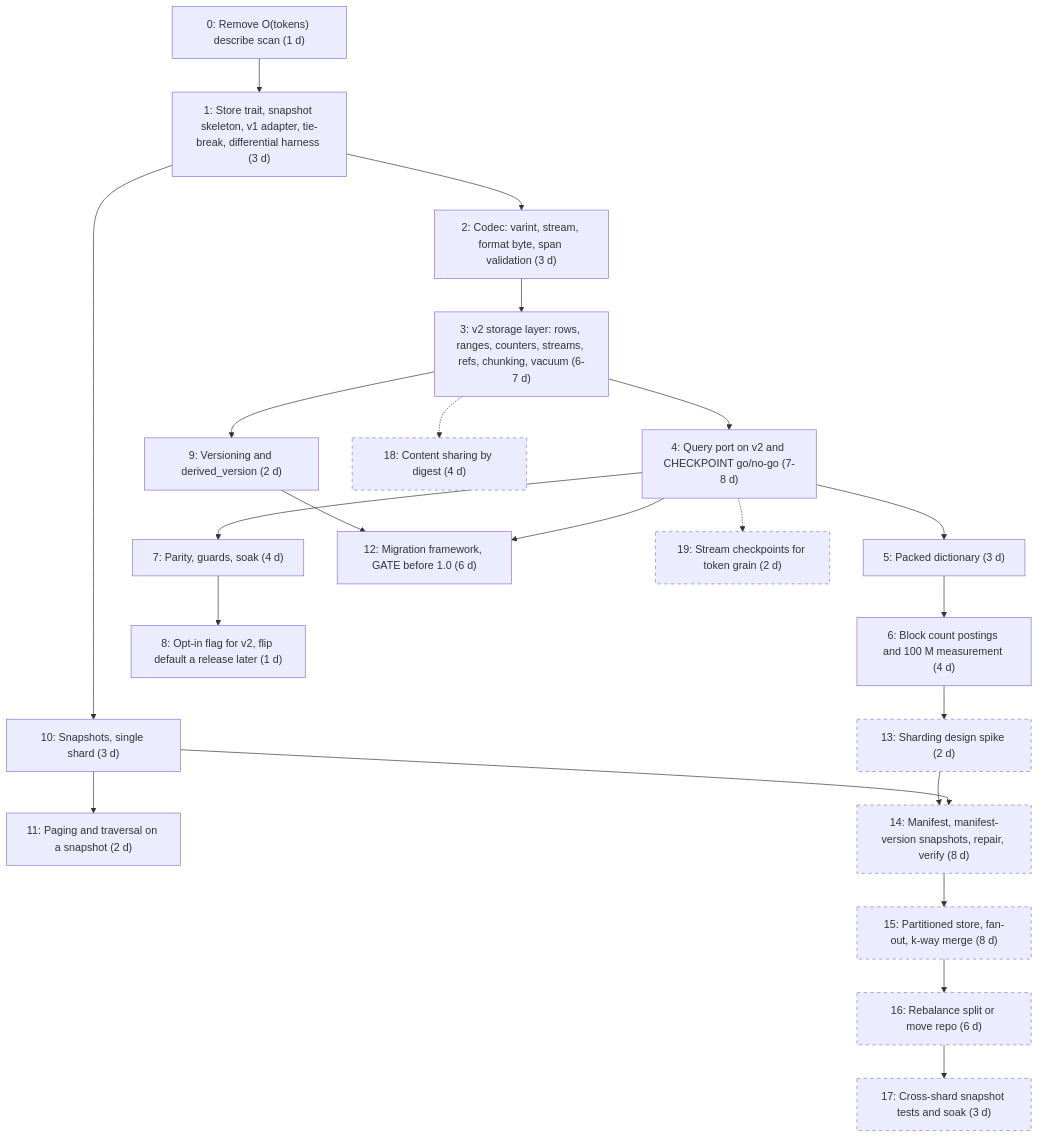
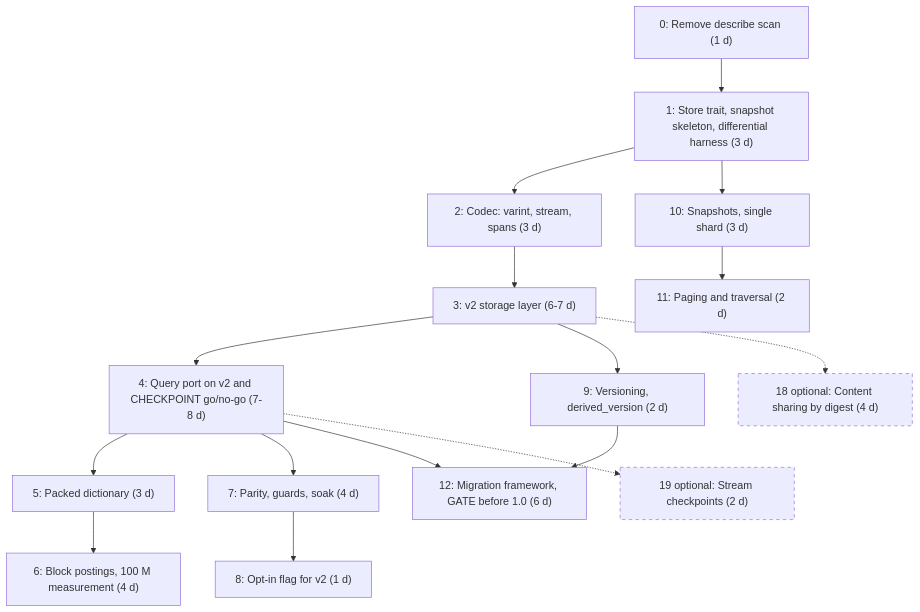
Before and after one commit to P47Phoenix/memory-graph: diagram 18 of 19 in docs/architecture-diagrams.md, drawn with Mermaid. The commit also changed other lines of this file and 2 other files, not shown here.

First line of the commit message:
Fix architecture diagram review findings (PR #13)

````diff
--- a/docs/architecture-diagrams.md
+++ b/docs/architecture-diagrams.md
@@ -648,43 +565,29 @@
 ```mermaid
 flowchart TD
-    S0["0: Remove O(tokens) describe scan (1 d)"]
-    S1["1: Store trait, snapshot skeleton, v1 adapter, tie-break, differential harness (3 d)"]
-    S2["2: Codec: varint, stream, format byte, span validation (3 d)"]
-    S3["3: v2 storage layer: rows, ranges, counters, streams, refs, chunking, vacuum (6-7 d)"]
+    S0["0: Remove describe scan (1 d)"]
+    S1["1: Store trait, snapshot skeleton, differential harness (3 d)"]
+    S2["2: Codec: varint, stream, spans (3 d)"]
+    S3["3: v2 storage layer (6-7 d)"]
     S4["4: Query port on v2 and CHECKPOINT go/no-go (7-8 d)"]
     S5["5: Packed dictionary (3 d)"]
-    S6["6: Block count postings and 100 M measurement (4 d)"]
+    S6["6: Block postings, 100 M measurement (4 d)"]
     S7["7: Parity, guards, soak (4 d)"]
-    S8["8: Opt-in flag for v2, flip default a release later (1 d)"]
-    S9["9: Versioning and derived_version (2 d)"]
+    S8["8: Opt-in flag for v2 (1 d)"]
+    S9["9: Versioning, derived_version (2 d)"]
     S10["10: Snapshots, single shard (3 d)"]
-    S11["11: Paging and traversal on a snapshot (2 d)"]
+    S11["11: Paging and traversal (2 d)"]
     S12["12: Migration framework, GATE before 1.0 (6 d)"]
-    S13["13: Sharding design spike (2 d)"]
-    S14["14: Manifest, manifest-version snapshots, repair, verify (8 d)"]
-    S15["15: Partitioned store, fan-out, k-way merge (8 d)"]
-    S16["16: Rebalance split or move repo (6 d)"]
-    S17["17: Cross-shard snapshot tests and soak (3 d)"]
-    S18["18: Content sharing by digest (4 d)"]
-    S19["19: Stream checkpoints for token grain (2 d)"]
-
+    S18["18 optional: Content sharing by digest (4 d)"]
+    S19["19 optional: Stream checkpoints (2 d)"]
     S0 --> S1 --> S2 --> S3 --> S4
     S4 --> S5 --> S6
     S4 --> S7 --> S8
     S3 --> S9
     S1 --> S10 --> S11
     S9 --> S12
     S4 --> S12
-    S6 --> S13 --> S14 --> S15 --> S16 --> S17
-    S10 --> S14
     S3 -.-> S18
     S4 -.-> S19
-
     style S18 stroke-dasharray: 5 5
     style S19 stroke-dasharray: 5 5
-    style S13 stroke-dasharray: 5 5
-    style S14 stroke-dasharray: 5 5
-    style S15 stroke-dasharray: 5 5
-    style S16 stroke-dasharray: 5 5
-    style S17 stroke-dasharray: 5 5
 ```
````
